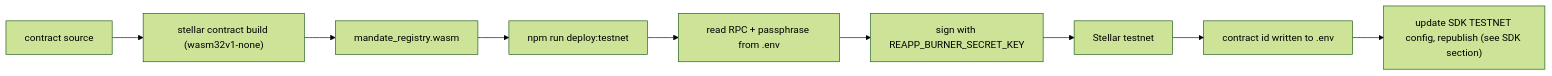
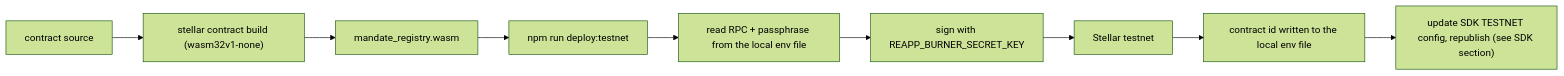
Before and after one commit to reapp-protocol/reapp-protocol: the fourth of 7 diagrams in PLAYBOOK_TESTNET.md, drawn with Mermaid (forest theme). The commit also changed other lines of this file and 2 other files, not shown here.

First line of the commit message:
docs: stop naming the gitignored env file; drop deleted env.ts from the code review

````diff
--- a/PLAYBOOK_TESTNET.md
+++ b/PLAYBOOK_TESTNET.md
@@ -297,11 +297,11 @@
 ```mermaid
 flowchart LR
   Src["contract source"] --> Build["stellar contract build (wasm32v1-none)"]
   Build --> Wasm["mandate_registry.wasm"]
   Wasm --> Deploy["npm run deploy:testnet"]
-  Deploy --> Env["read RPC + passphrase from .env"]
+  Deploy --> Env["read RPC + passphrase from the local env file"]
   Env --> Sign["sign with REAPP_BURNER_SECRET_KEY"]
   Sign --> Chain["Stellar testnet"]
-  Chain --> Id["contract id written to .env"]
+  Chain --> Id["contract id written to the local env file"]
   Id --> Cfg["update SDK TESTNET config, republish (see SDK section)"]
 ```
````
